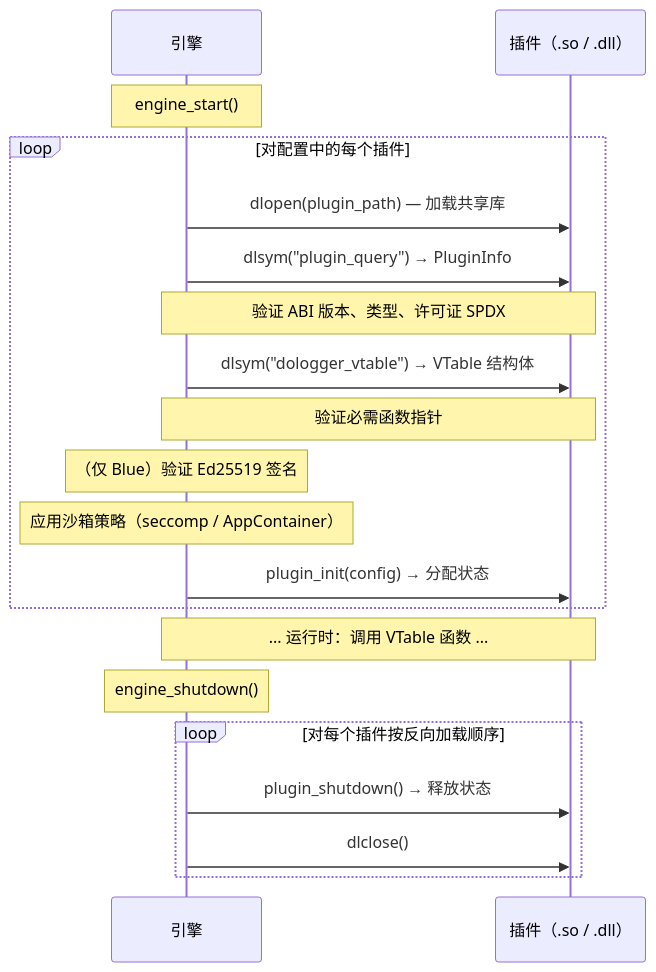
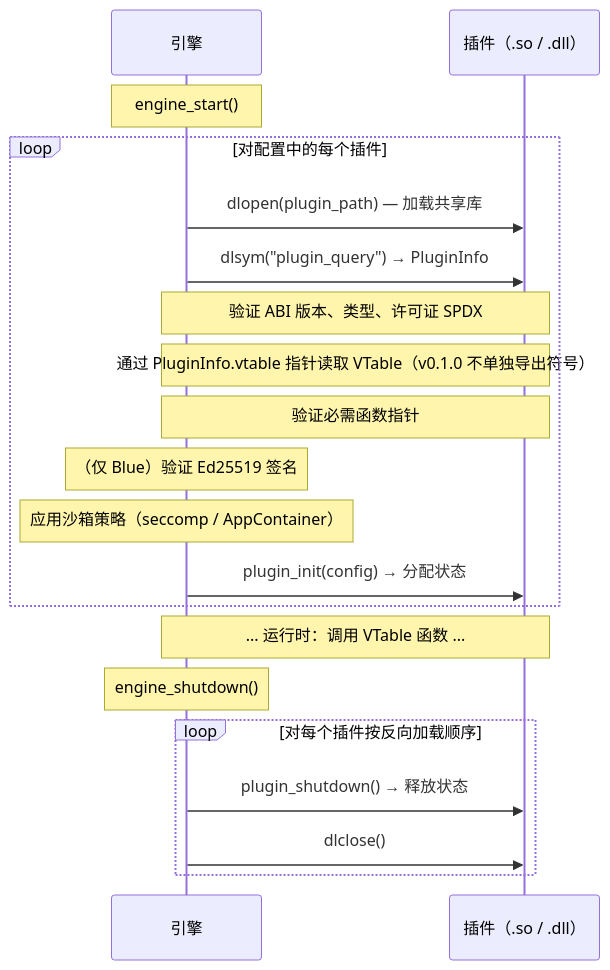
Diagram 11 of 11 in Docs/zh_CN/ArchitectureReference.md (nekolio/DoLogger), drawn with Mermaid before and after one commit. The commit also changed other lines of this file and 31 other files, not shown here.

````diff
--- a/Docs/zh_CN/ArchitectureReference.md
+++ b/Docs/zh_CN/ArchitectureReference.md
@@ -561,23 +559,23 @@
 ```mermaid
 sequenceDiagram
     participant E as 引擎
     participant P as 插件（.so / .dll）
 
     Note over E: engine_start()
     loop 对配置中的每个插件
         E->>P: dlopen(plugin_path) — 加载共享库
         E->>P: dlsym("plugin_query") → PluginInfo
         Note over E,P: 验证 ABI 版本、类型、许可证 SPDX
-        E->>P: dlsym("dologger_vtable") → VTable 结构体
+        Note over E,P: 通过 PluginInfo.vtable 指针读取 VTable（v0.1.0 不单独导出符号）
         Note over E,P: 验证必需函数指针
         Note over E: （仅 Blue）验证 Ed25519 签名
         Note over E: 应用沙箱策略（seccomp / AppContainer）
         E->>P: plugin_init(config) → 分配状态
     end
     Note over E,P: ... 运行时：调用 VTable 函数 ...
     Note over E: engine_shutdown()
     loop 对每个插件按反向加载顺序
         E->>P: plugin_shutdown() → 释放状态
         E->>P: dlclose()
     end
 ```
````
